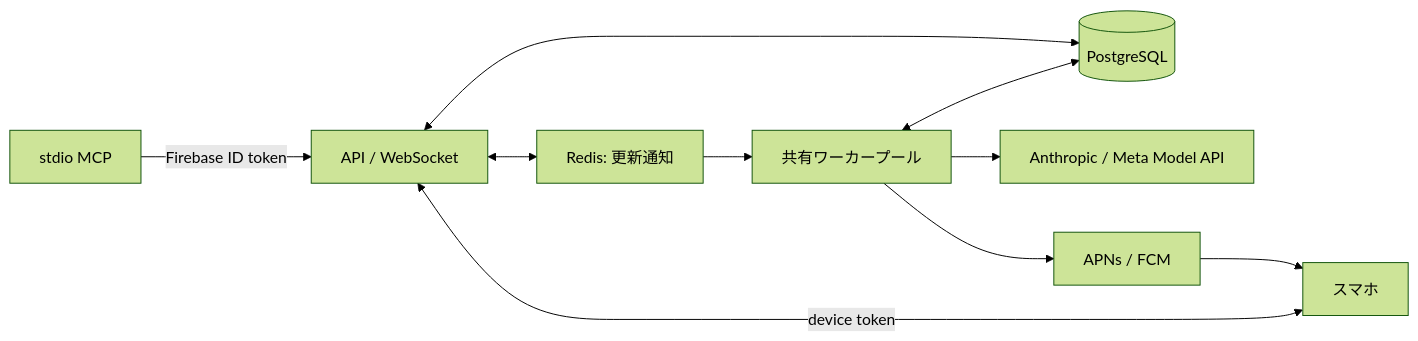
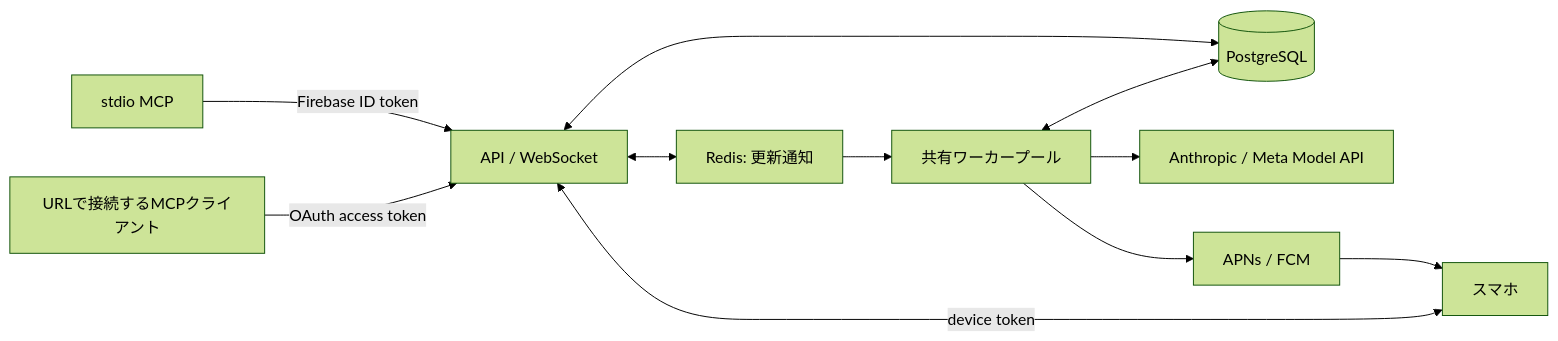
The diagram in cloud/README.md (YusukeIwaki/oyobidashi), drawn with Mermaid (forest theme) before and after one commit. The commit also changed other lines of this file and 30 other files, not shown here.

First line of the commit message:
Add a hosted MCP endpoint with OAuth sign-in to the cloud API

````diff
--- a/cloud/README.md
+++ b/cloud/README.md
@@ -5,12 +5,13 @@
 ```mermaid
 flowchart LR
   MCP[stdio MCP] -->|Firebase ID token| API[API / WebSocket]
+  Remote[URLで接続するMCPクライアント] -->|OAuth access token| API
   Phone[スマホ] <-->|device token| API
   API <--> PG[(PostgreSQL)]
   API <--> Redis[Redis: 更新通知]
   Redis --> Worker[共有ワーカープール]
   Worker <--> PG
   Worker --> LLM[Anthropic / Meta Model API]
   Worker --> Push[APNs / FCM]
   Push --> Phone
 ```
````
